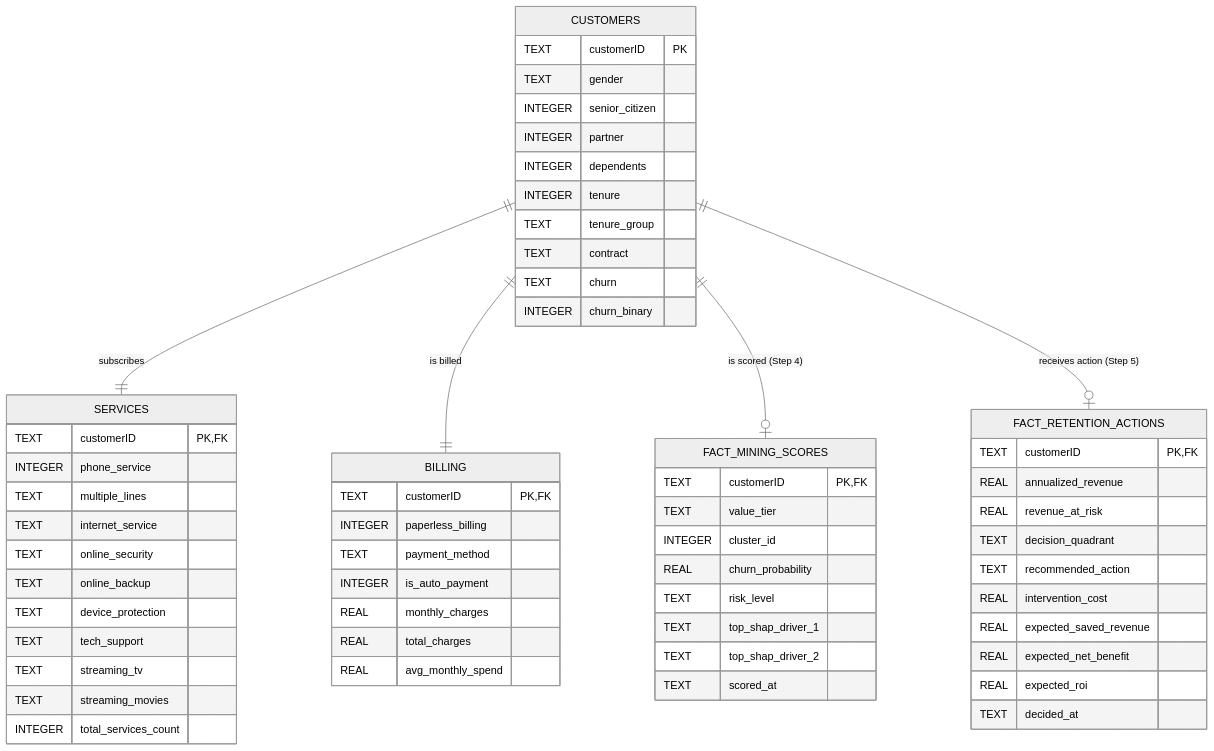
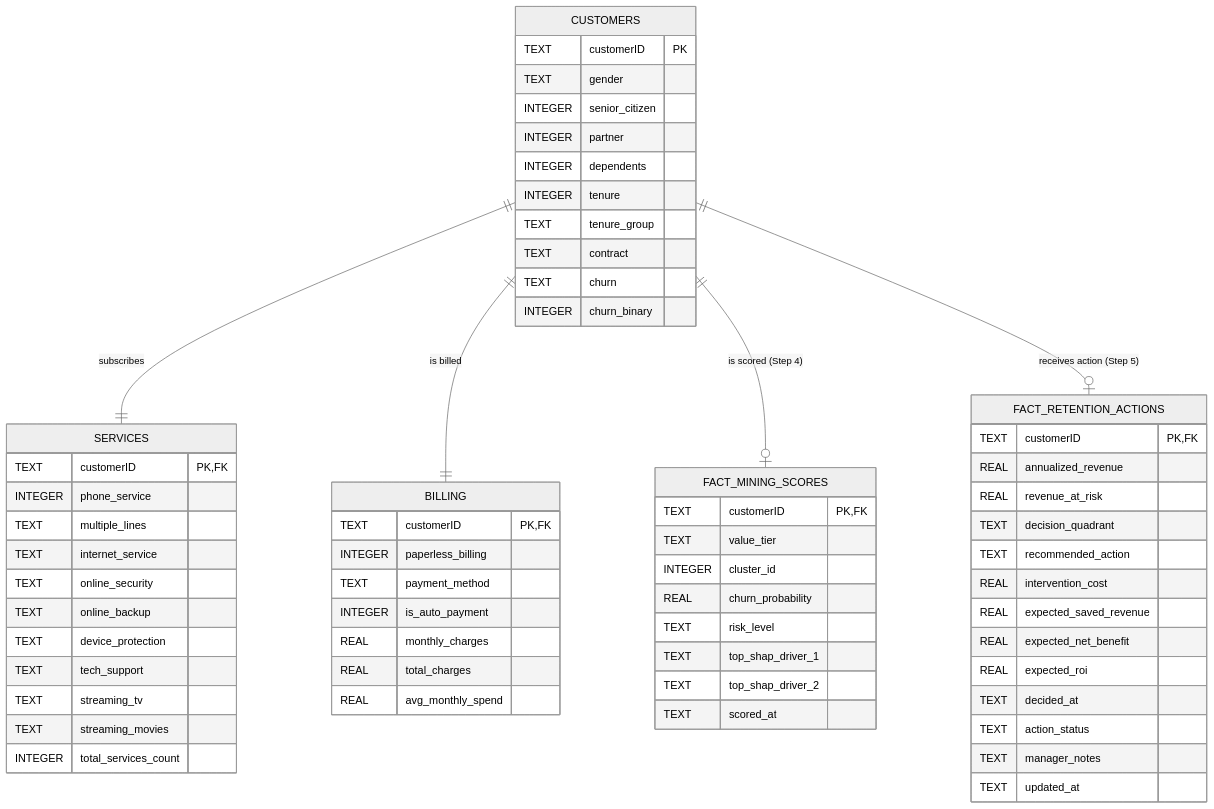
The second of 2 diagrams in README.md (Vu-Viet-Phong/ISM-project), drawn with Mermaid (neutral theme) before and after one commit. The commit also changed other lines of this file and 7 other files, not shown here.

````diff
--- a/README.md
+++ b/README.md
@@ -65,63 +65,66 @@
 ```mermaid
 erDiagram
     CUSTOMERS ||--|| SERVICES : subscribes
     CUSTOMERS ||--|| BILLING : "is billed"
     CUSTOMERS ||--o| FACT_MINING_SCORES : "is scored (Step 4)"
     CUSTOMERS ||--o| FACT_RETENTION_ACTIONS : "receives action (Step 5)"
     CUSTOMERS {
         TEXT customerID PK
         TEXT gender
         INTEGER senior_citizen
         INTEGER partner
         INTEGER dependents
         INTEGER tenure
         TEXT tenure_group
         TEXT contract
         TEXT churn
         INTEGER churn_binary
     }
     SERVICES {
         TEXT customerID PK, FK
         INTEGER phone_service
         TEXT multiple_lines
         TEXT internet_service
         TEXT online_security
         TEXT online_backup
         TEXT device_protection
         TEXT tech_support
         TEXT streaming_tv
         TEXT streaming_movies
         INTEGER total_services_count
     }
     BILLING {
         TEXT customerID PK, FK
         INTEGER paperless_billing
         TEXT payment_method
         INTEGER is_auto_payment
         REAL monthly_charges
         REAL total_charges
         REAL avg_monthly_spend
     }
     FACT_MINING_SCORES {
         TEXT customerID PK, FK
         TEXT value_tier
         INTEGER cluster_id
         REAL churn_probability
         TEXT risk_level
         TEXT top_shap_driver_1
         TEXT top_shap_driver_2
         TEXT scored_at
     }
     FACT_RETENTION_ACTIONS {
         TEXT customerID PK, FK
         REAL annualized_revenue
         REAL revenue_at_risk
         TEXT decision_quadrant
         TEXT recommended_action
         REAL intervention_cost
         REAL expected_saved_revenue
         REAL expected_net_benefit
         REAL expected_roi
         TEXT decided_at
+        TEXT action_status
+        TEXT manager_notes
+        TEXT updated_at
     }
 ```
````
